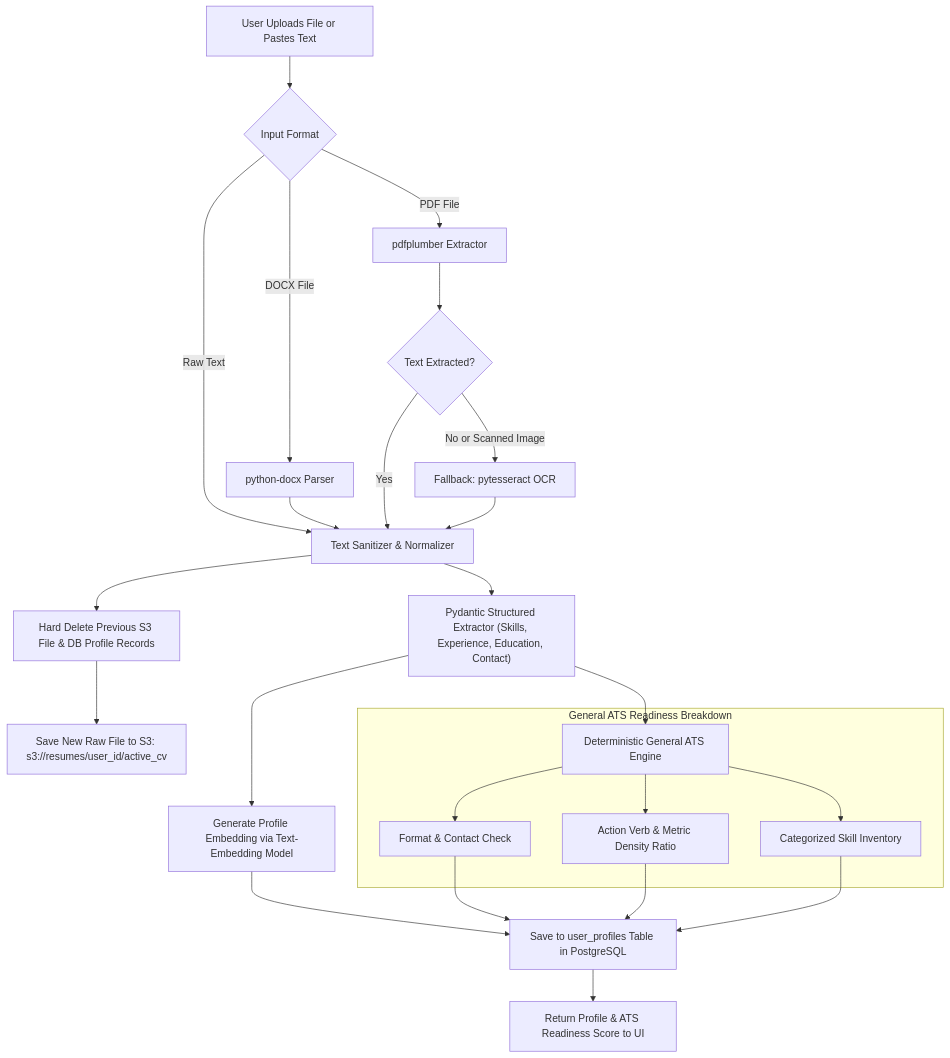
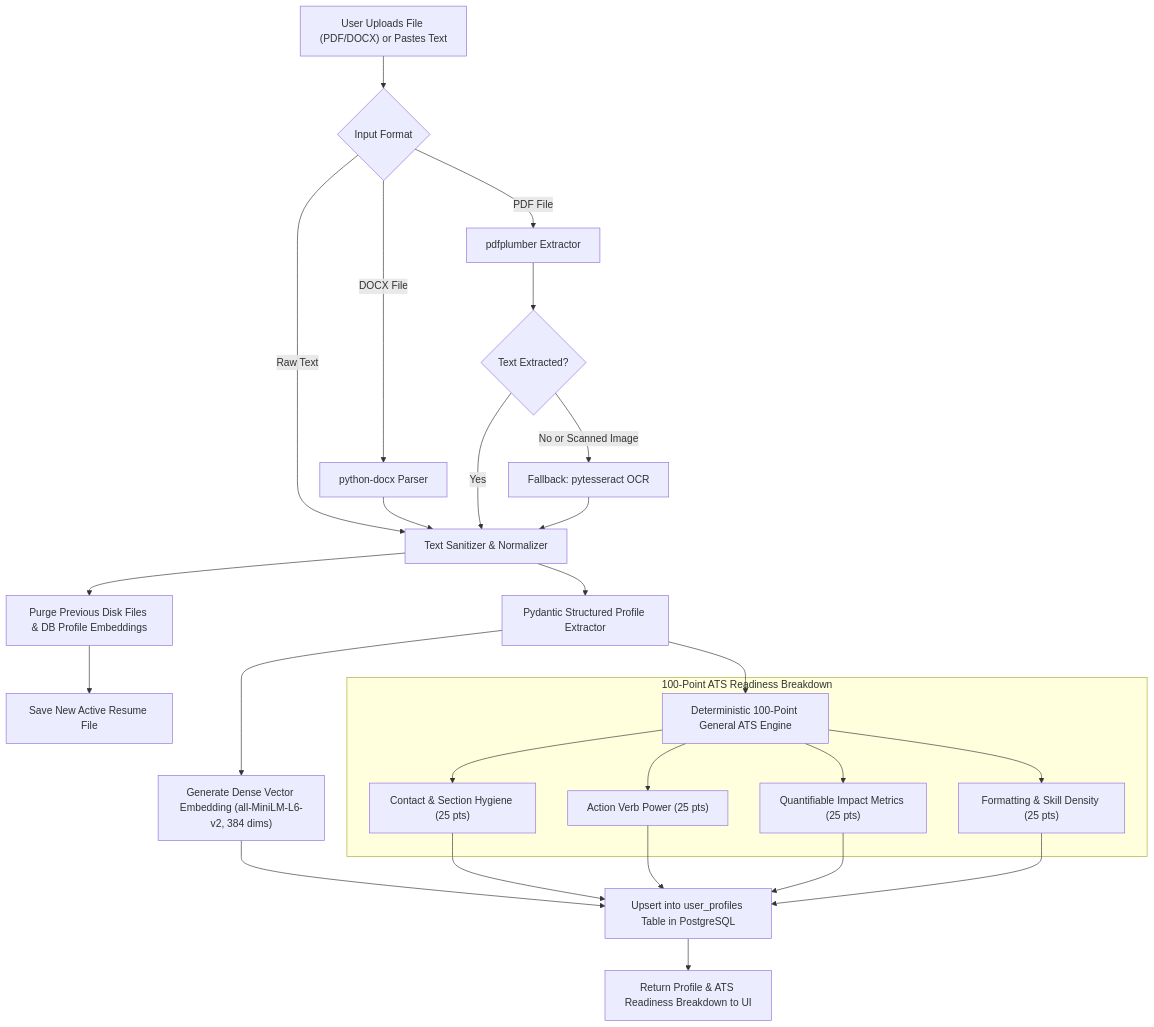
One commit to Mostafa710/career-copilot changed the second of 9 diagrams in docs/architecture_flowcharts.md. Above: the diagram before and after it, drawn with Mermaid. The commit also changed other lines of this file and 2 other files, not shown here.

Commit message:
docs: synchronize README, implementation plan, and architecture flowcharts with exact multi-agent implementations

````diff
--- a/docs/architecture_flowcharts.md
+++ b/docs/architecture_flowcharts.md
@@ -113,30 +43,31 @@
 ```mermaid
 flowchart TD
-    Upload["User Uploads File or Pastes Text"] --> CheckType{"Input Format"}
+    Upload["User Uploads File (PDF/DOCX) or Pastes Text"] --> CheckType{"Input Format"}
     
     CheckType -->|Raw Text| Sanitize["Text Sanitizer & Normalizer"]
     CheckType -->|DOCX File| DocxParser["python-docx Parser"] --> Sanitize
     CheckType -->|PDF File| PdfParser["pdfplumber Extractor"]
     
     PdfParser --> IsEmpty{"Text Extracted?"}
     IsEmpty -->|Yes| Sanitize
     IsEmpty -->|No or Scanned Image| OCR["Fallback: pytesseract OCR"] --> Sanitize
     
-    Sanitize --> DeleteOld["Hard Delete Previous S3 File & DB Profile Records"]
-    DeleteOld --> SaveS3["Save New Raw File to S3: s3://resumes/user_id/active_cv"]
+    Sanitize --> DeleteOld["Purge Previous Disk Files & DB Profile Embeddings"]
+    DeleteOld --> SaveFile["Save New Active Resume File"]
     
-    Sanitize --> StructExt["Pydantic Structured Extractor (Skills, Experience, Education, Contact)"]
-    StructExt --> Vectorize["Generate Profile Embedding via Text-Embedding Model"]
+    Sanitize --> StructExt["Pydantic Structured Profile Extractor"]
+    StructExt --> Vectorize["Generate Dense Vector Embedding (all-MiniLM-L6-v2, 384 dims)"]
     
-    StructExt --> GenATS["Deterministic General ATS Engine"]
+    StructExt --> GenATS["Deterministic 100-Point General ATS Engine"]
     
-    subgraph GenBreakdown ["General ATS Readiness Breakdown"]
-        GenATS --> FormatCheck["Format & Contact Check"]
-        GenATS --> ActionRatio["Action Verb & Metric Density Ratio"]
-        GenATS --> SkillInv["Categorized Skill Inventory"]
+    subgraph GenBreakdown ["100-Point ATS Readiness Breakdown"]
+        GenATS --> C1["Contact & Section Hygiene (25 pts)"]
+        GenATS --> C2["Action Verb Power (25 pts)"]
+        GenATS --> C3["Quantifiable Impact Metrics (25 pts)"]
+        GenATS --> C4["Formatting & Skill Density (25 pts)"]
     end
     
-    FormatCheck & ActionRatio & SkillInv --> SaveProfile["Save to user_profiles Table in PostgreSQL"]
+    C1 & C2 & C3 & C4 --> SaveProfile["Upsert into user_profiles Table in PostgreSQL"]
     Vectorize --> SaveProfile
-    SaveProfile --> ReturnGenReport["Return Profile & ATS Readiness Score to UI"]
+    SaveProfile --> ReturnGenReport["Return Profile & ATS Readiness Breakdown to UI"]
 ```
````
